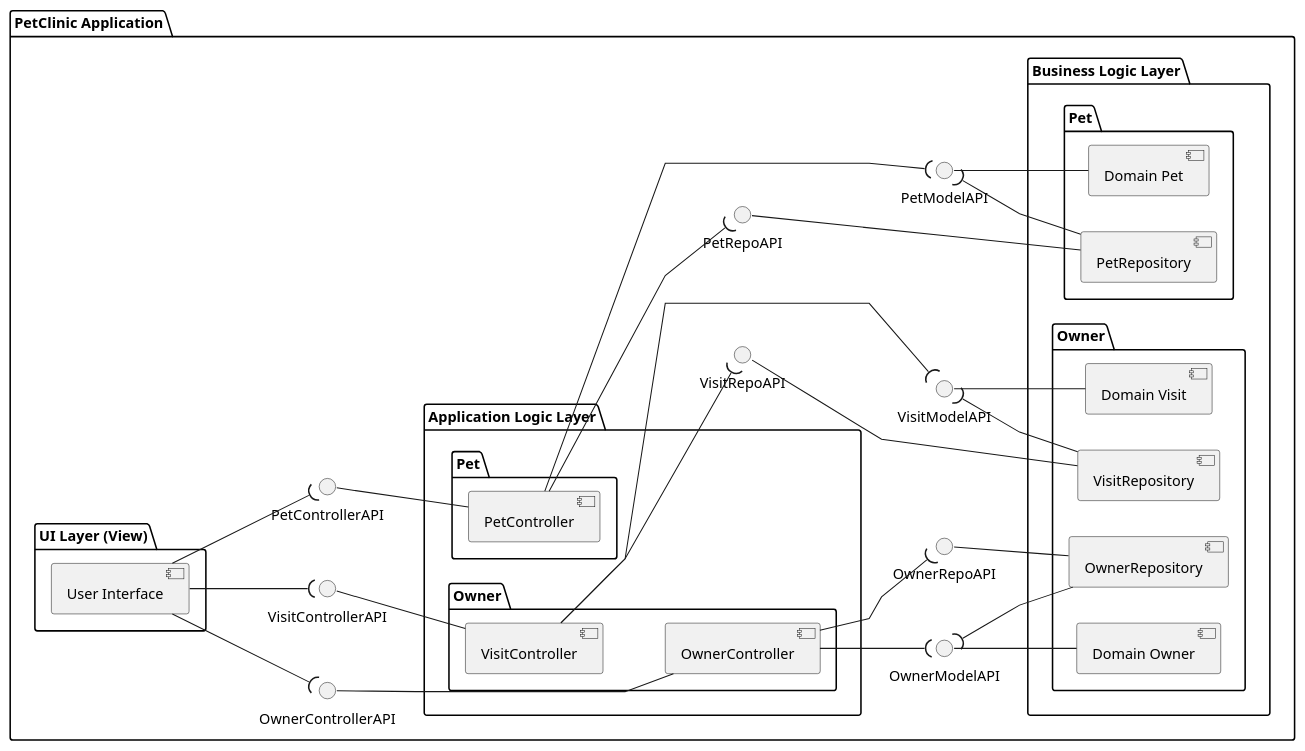
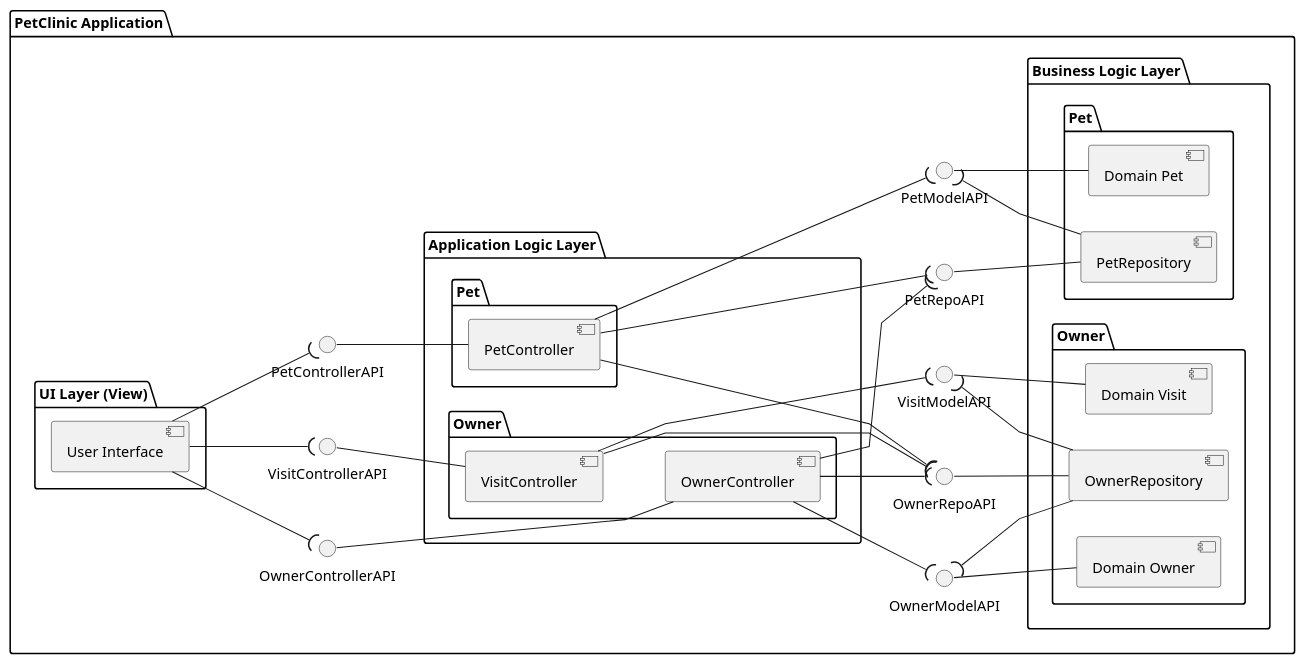
One commit to NunoMarmeleiro/spring-petclinic changed the diagram in docs/PetClinic-NonModular-Monolith-VL-L3.puml. Above: the diagram before and after it, drawn with PlantUML.

Commit message:
Updated NonModular Monolithic Logical View Level 3

```diff
--- a/docs/PetClinic-NonModular-Monolith-VL-L3.puml
+++ b/docs/PetClinic-NonModular-Monolith-VL-L3.puml
@@ -1,69 +1,70 @@
 @startuml nonmodular
 'https://plantuml.com/component-diagram
 left to right direction
 skinparam linetype polyline
 
 package "PetClinic Application" {
 
    package "UI Layer (View)" {
       [User Interface]
    }
 
 
 
    package "Application Logic Layer" {
       package OwnerAppLogicLayer as "Owner" {
          [OwnerController]
          [VisitController]
       }
       
       package PetAppLogicLayer as "Pet" {
          [PetController]
       }      
       
       
    }
 
    package "Business Logic Layer" {
       package OwnerBusinLogicLayer as "Owner" {
          [Domain Owner]
          [OwnerRepository]
          [Domain Visit]
-         [VisitRepository]
       }
       package PetBusinLogicLayer as "Pet" {
          [Domain Pet]
          [PetRepository]
       }
       
       
    }
    OwnerModelAPI--[Domain Owner]
    OwnerRepoAPI--[OwnerRepository]
    [OwnerController] --( OwnerModelAPI
    [OwnerController] --( OwnerRepoAPI
+   [OwnerController] --( PetRepoAPI
    [OwnerRepository] --( OwnerModelAPI
    PetModelAPI--[Domain Pet]
    PetRepoAPI--[PetRepository]
    [PetController] --( PetModelAPI
    [PetController] --( PetRepoAPI
+   [PetController] --( OwnerRepoAPI
+
    [PetRepository] --( PetModelAPI
    OwnerControllerAPI--[OwnerController]
    PetControllerAPI--[PetController]
 
    VisitControllerAPI--[VisitController]
 
    [User Interface] --( OwnerControllerAPI
    [User Interface] --( PetControllerAPI
    [User Interface] --( VisitControllerAPI
 
    [VisitController] -[hidden]d- [OwnerController]
 
    VisitModelAPI--[Domain Visit]
-   VisitRepoAPI--[VisitRepository]
    [VisitController] --( VisitModelAPI
-   [VisitController] --( VisitRepoAPI
-   [VisitRepository] --( VisitModelAPI
+   [VisitController] --( OwnerRepoAPI
+   [OwnerRepository] --( VisitModelAPI
 
 }
 @enduml
```
